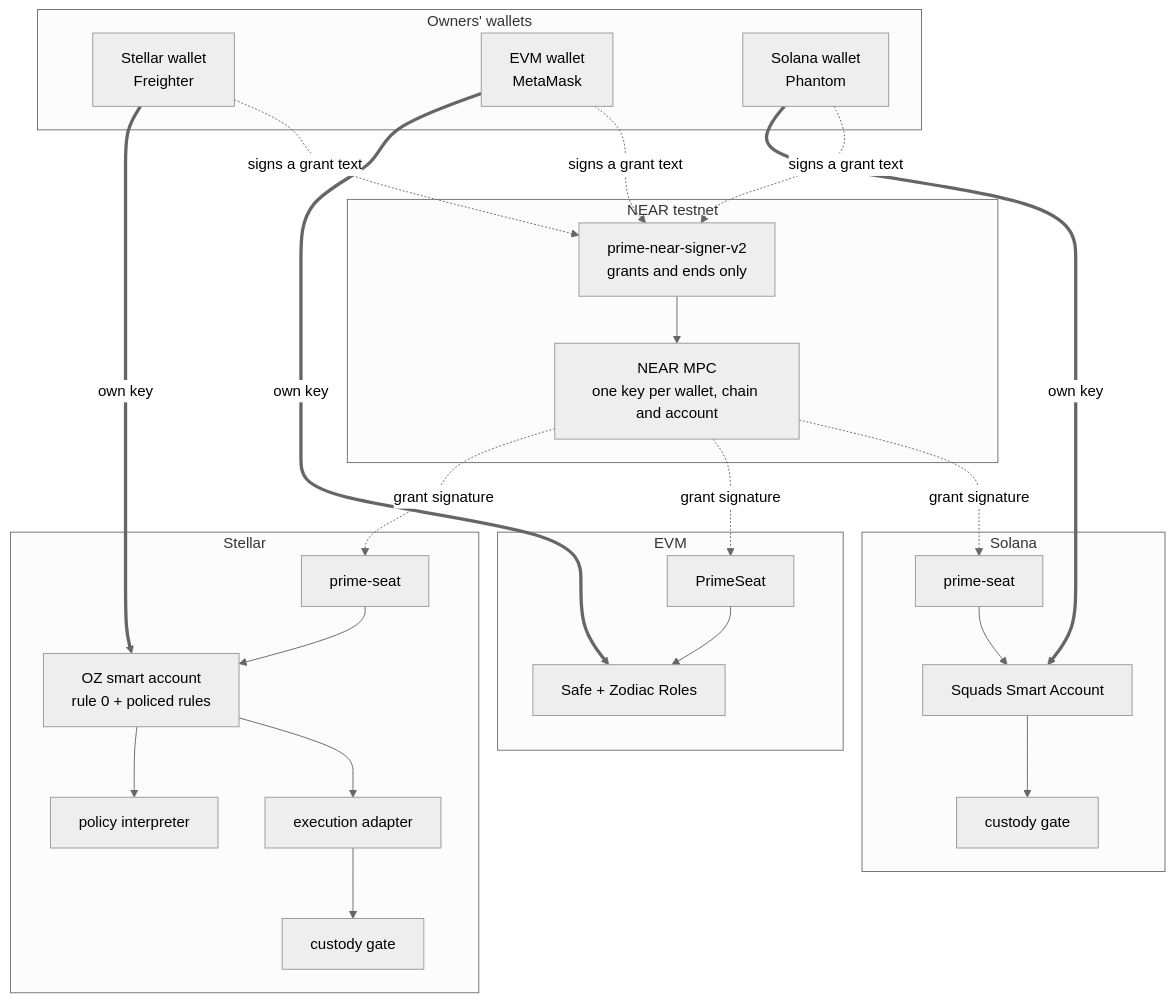
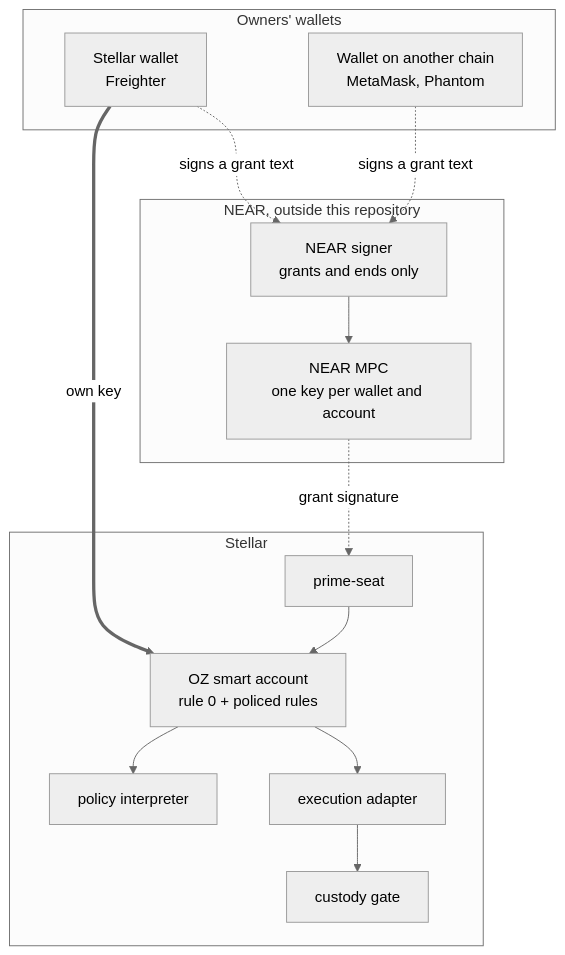
Before and after one commit to untangledfinance/oz-policy-builder: the fourth of 6 diagrams in docs/architecture.md, drawn with Mermaid (neutral theme). The commit also changed other lines of this file and 51 other files, not shown here.

First line of the commit message:
chore: remove the EVM, Solana and NEAR contracts, docs and CI

````diff
--- a/docs/architecture.md
+++ b/docs/architecture.md
@@ -117,42 +112,26 @@
 ```mermaid
 flowchart TB
   subgraph W["Owners' wallets"]
     FR["Stellar wallet<br/>Freighter"]
-    MM["EVM wallet<br/>MetaMask"]
-    PH["Solana wallet<br/>Phantom"]
+    OW["Wallet on another chain<br/>MetaMask, Phantom"]
   end
-  subgraph NEAR["NEAR testnet"]
-    V2["prime-near-signer-v2<br/>grants and ends only"]
-    MPC["NEAR MPC<br/>one key per wallet, chain and account"]
+  subgraph NEAR["NEAR, outside this repository"]
+    V2["NEAR signer<br/>grants and ends only"]
+    MPC["NEAR MPC<br/>one key per wallet and account"]
   end
   subgraph XLM["Stellar"]
     OZ["OZ smart account<br/>rule 0 + policed rules"]
     SS["prime-seat"]
     INT["policy interpreter"]
     AD["execution adapter"]
     G1["custody gate"]
   end
-  subgraph EVM["EVM"]
-    SAFE["Safe + Zodiac Roles"]
-    PS["PrimeSeat"]
-  end
-  subgraph SOL["Solana"]
-    SQ["Squads Smart Account"]
-    SP["prime-seat"]
-    G2["custody gate"]
-  end
   FR == "own key" ==> OZ
-  MM == "own key" ==> SAFE
-  PH == "own key" ==> SQ
   FR -. "signs a grant text" .-> V2
-  MM -. "signs a grant text" .-> V2
-  PH -. "signs a grant text" .-> V2
+  OW -. "signs a grant text" .-> V2
   V2 --> MPC
-  MPC -. "grant signature" .-> SS & PS & SP
+  MPC -. "grant signature" .-> SS
   SS --> OZ
-  PS --> SAFE
-  SP --> SQ
   OZ --> INT
   OZ --> AD --> G1
-  SQ --> G2
 ```
````
